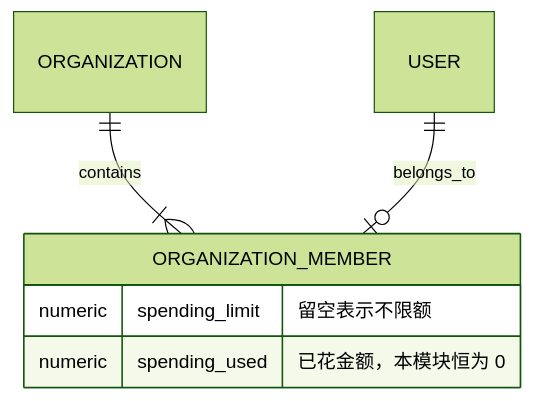
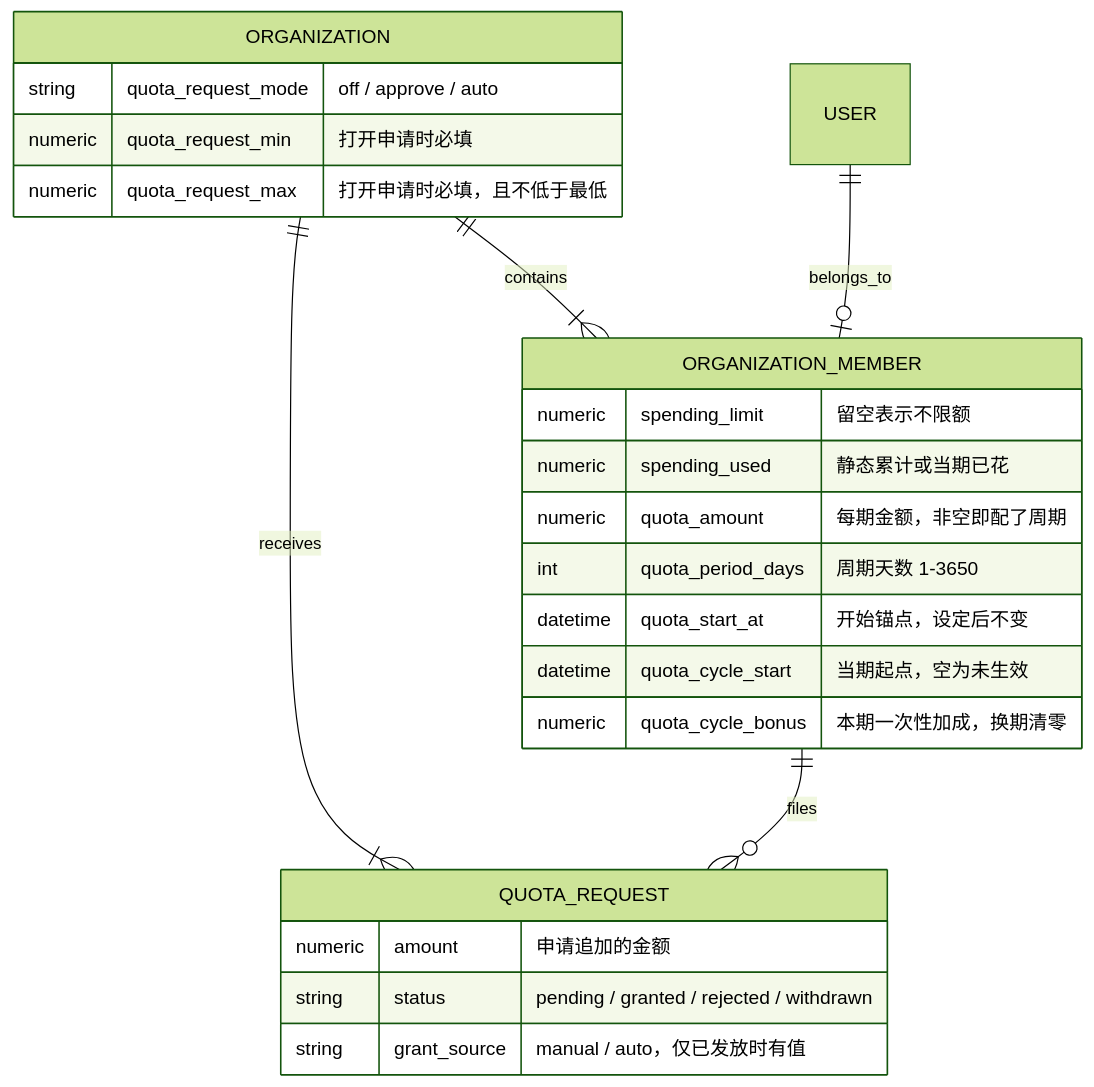
Before and after one commit to evepupil/sub2api-enterprise: the diagram in docs/模块设计/成员管理与消费配额.md, drawn with Mermaid (forest theme). The commit also changed other lines of this file and 2 other files, not shown here.

First line of the commit message:
docs: record organization quota request design

````diff
--- a/docs/模块设计/成员管理与消费配额.md
+++ b/docs/模块设计/成员管理与消费配额.md
@@ -67,9 +100,26 @@
 ```mermaid
 erDiagram
     ORGANIZATION ||--|{ ORGANIZATION_MEMBER : contains
     USER ||--o| ORGANIZATION_MEMBER : belongs_to
+    ORGANIZATION ||--|{ QUOTA_REQUEST : receives
+    ORGANIZATION_MEMBER ||--o{ QUOTA_REQUEST : files
+    ORGANIZATION {
+        string quota_request_mode "off / approve / auto"
+        numeric quota_request_min "打开申请时必填"
+        numeric quota_request_max "打开申请时必填，且不低于最低"
+    }
     ORGANIZATION_MEMBER {
         numeric spending_limit "留空表示不限额"
-        numeric spending_used "已花金额，本模块恒为 0"
+        numeric spending_used "静态累计或当期已花"
+        numeric quota_amount "每期金额，非空即配了周期"
+        int quota_period_days "周期天数 1-3650"
+        datetime quota_start_at "开始锚点，设定后不变"
+        datetime quota_cycle_start "当期起点，空为未生效"
+        numeric quota_cycle_bonus "本期一次性加成，换期清零"
+    }
+    QUOTA_REQUEST {
+        numeric amount "申请追加的金额"
+        string status "pending / granted / rejected / withdrawn"
+        string grant_source "manual / auto，仅已发放时有值"
     }
 ```
````
